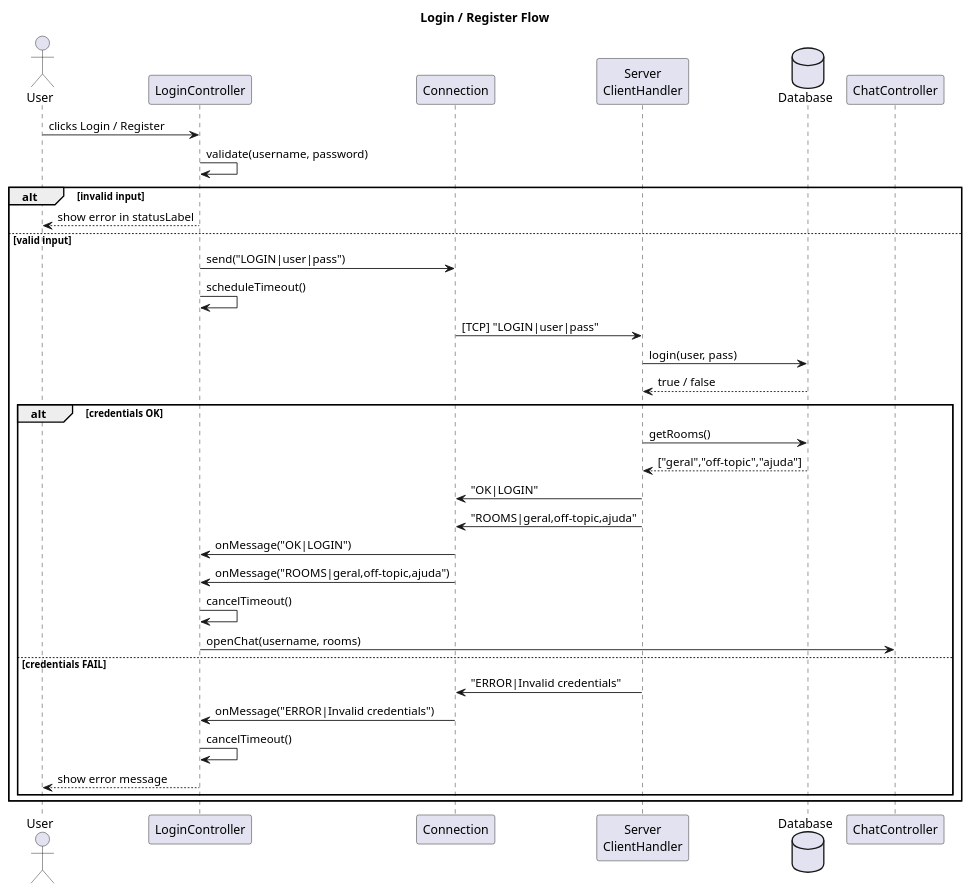
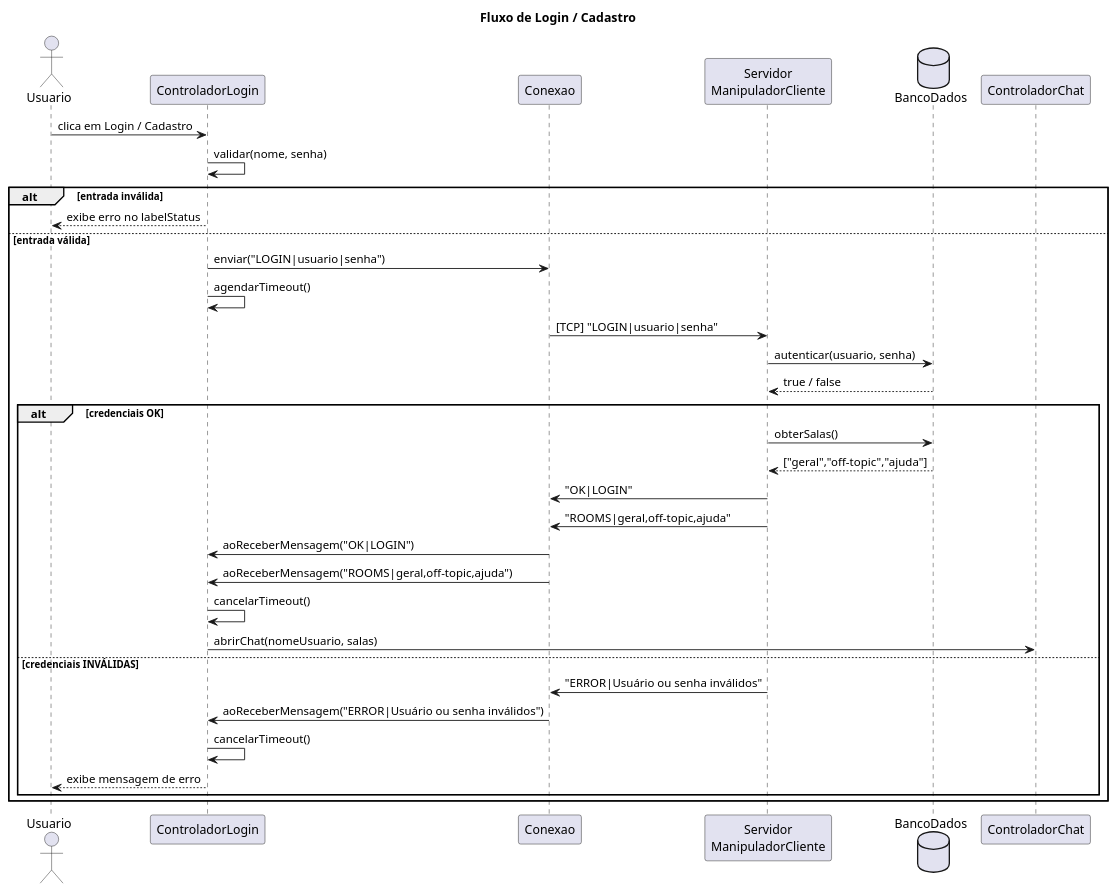
The second of 6 diagrams in uml/diagrams.puml (ErickHTF/ZapIF), drawn with PlantUML before and after one commit. The commit also changed other lines of this file and 30 other files, not shown here.

Commit message:
feat/UI - fix: traduzindo diagramas e referencias em classes e pacotes

```diff
--- a/uml/diagrams.puml
+++ b/uml/diagrams.puml
@@ -226,44 +226,44 @@
-@startuml sequence_login
-title Login / Register Flow
+@startuml sequencia_login
+title Fluxo de Login / Cadastro
 
-actor       User
-participant LoginController
-participant Connection
-participant "Server\nClientHandler" as CH
-database    Database
+actor       Usuario
+participant ControladorLogin
+participant Conexao
+participant "Servidor\nManipuladorCliente" as MC
+database    BancoDados
 
-User -> LoginController : clicks Login / Register
+Usuario -> ControladorLogin : clica em Login / Cadastro
 
-LoginController -> LoginController : validate(username, password)
+ControladorLogin -> ControladorLogin : validar(nome, senha)
 
-alt invalid input
-    LoginController --> User : show error in statusLabel
-else valid input
-    LoginController -> Connection : send("LOGIN|user|pass")
-    LoginController -> LoginController : scheduleTimeout()
+alt entrada inválida
+    ControladorLogin --> Usuario : exibe erro no labelStatus
+else entrada válida
+    ControladorLogin -> Conexao : enviar("LOGIN|usuario|senha")
+    ControladorLogin -> ControladorLogin : agendarTimeout()
 
-    Connection -> CH : [TCP] "LOGIN|user|pass"
+    Conexao -> MC : [TCP] "LOGIN|usuario|senha"
 
-    CH -> Database : login(user, pass)
-    Database --> CH : true / false
+    MC -> BancoDados : autenticar(usuario, senha)
+    BancoDados --> MC : true / false
 
-    alt credentials OK
-        CH -> Database : getRooms()
-        Database --> CH : ["geral","off-topic","ajuda"]
-        CH -> Connection : "OK|LOGIN"
-        CH -> Connection : "ROOMS|geral,off-topic,ajuda"
+    alt credenciais OK
+        MC -> BancoDados : obterSalas()
+        BancoDados --> MC : ["geral","off-topic","ajuda"]
+        MC -> Conexao : "OK|LOGIN"
+        MC -> Conexao : "ROOMS|geral,off-topic,ajuda"
 
-        Connection -> LoginController : onMessage("OK|LOGIN")
-        Connection -> LoginController : onMessage("ROOMS|geral,off-topic,ajuda")
+        Conexao -> ControladorLogin : aoReceberMensagem("OK|LOGIN")
+        Conexao -> ControladorLogin : aoReceberMensagem("ROOMS|geral,off-topic,ajuda")
 
-        LoginController -> LoginController : cancelTimeout()
-        LoginController -> ChatController  : openChat(username, rooms)
-    else credentials FAIL
-        CH -> Connection : "ERROR|Invalid credentials"
-        Connection -> LoginController : onMessage("ERROR|Invalid credentials")
-        LoginController -> LoginController : cancelTimeout()
-        LoginController --> User : show error message
+        ControladorLogin -> ControladorLogin : cancelarTimeout()
+        ControladorLogin -> ControladorChat  : abrirChat(nomeUsuario, salas)
+    else credenciais INVÁLIDAS
+        MC -> Conexao : "ERROR|Usuário ou senha inválidos"
+        Conexao -> ControladorLogin : aoReceberMensagem("ERROR|Usuário ou senha inválidos")
+        ControladorLogin -> ControladorLogin : cancelarTimeout()
+        ControladorLogin --> Usuario : exibe mensagem de erro
     end
 end
 
 @enduml
```
